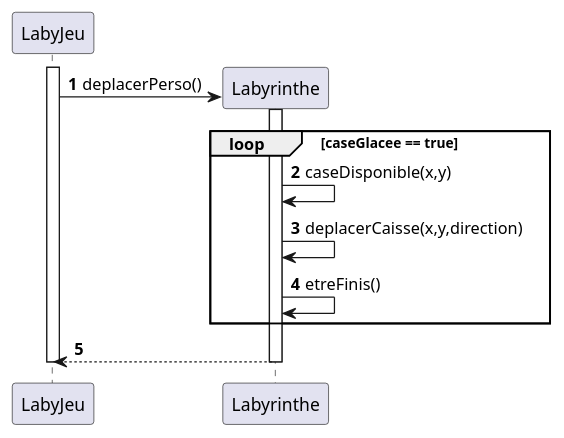
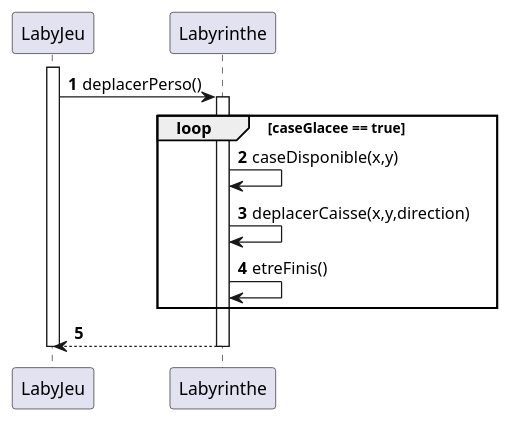
Before and after one commit to Flotss/Zeldiablo: the diagram in documents/version_4/Diagramme sequence Cases glacee.puml, drawn with PlantUML.

Commit message:
modif diag

```diff
--- a/documents/version_4/Diagramme sequence Cases glacee.puml
+++ b/documents/version_4/Diagramme sequence Cases glacee.puml
@@ -1,25 +1,23 @@
 @startuml
 'https://plantuml.com/sequence-diagram
 
 autonumber
 
-create LabyJeu
-create Labyrinthe
-
+participant "LabyJeu"
+participant "Labyrinthe"
 
 activate LabyJeu
-
 LabyJeu -> Labyrinthe : deplacerPerso()
 activate Labyrinthe
 loop caseGlacee == true
     Labyrinthe -> Labyrinthe : caseDisponible(x,y)
     Labyrinthe -> Labyrinthe : deplacerCaisse(x,y,direction)
     Labyrinthe -> Labyrinthe : etreFinis()
 end
 Labyrinthe --> LabyJeu :
 deactivate Labyrinthe
 deactivate LabyJeu
 
 
 
 @enduml
```
